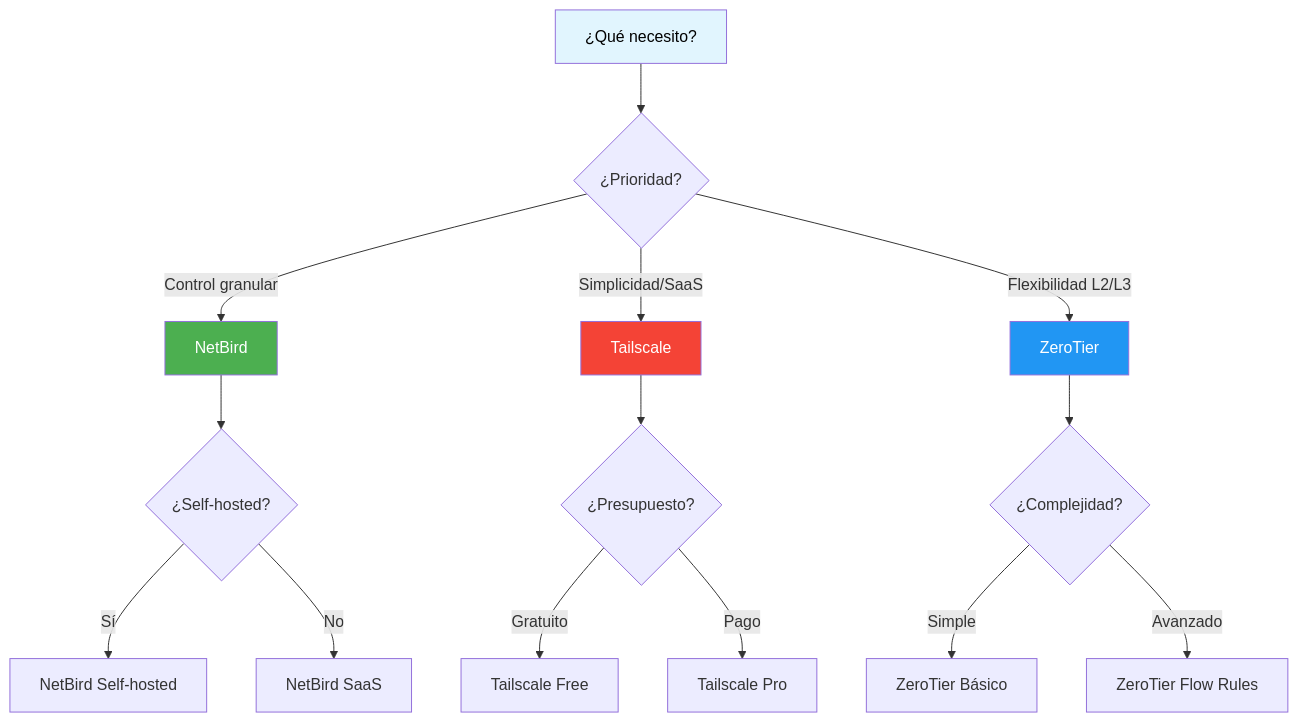
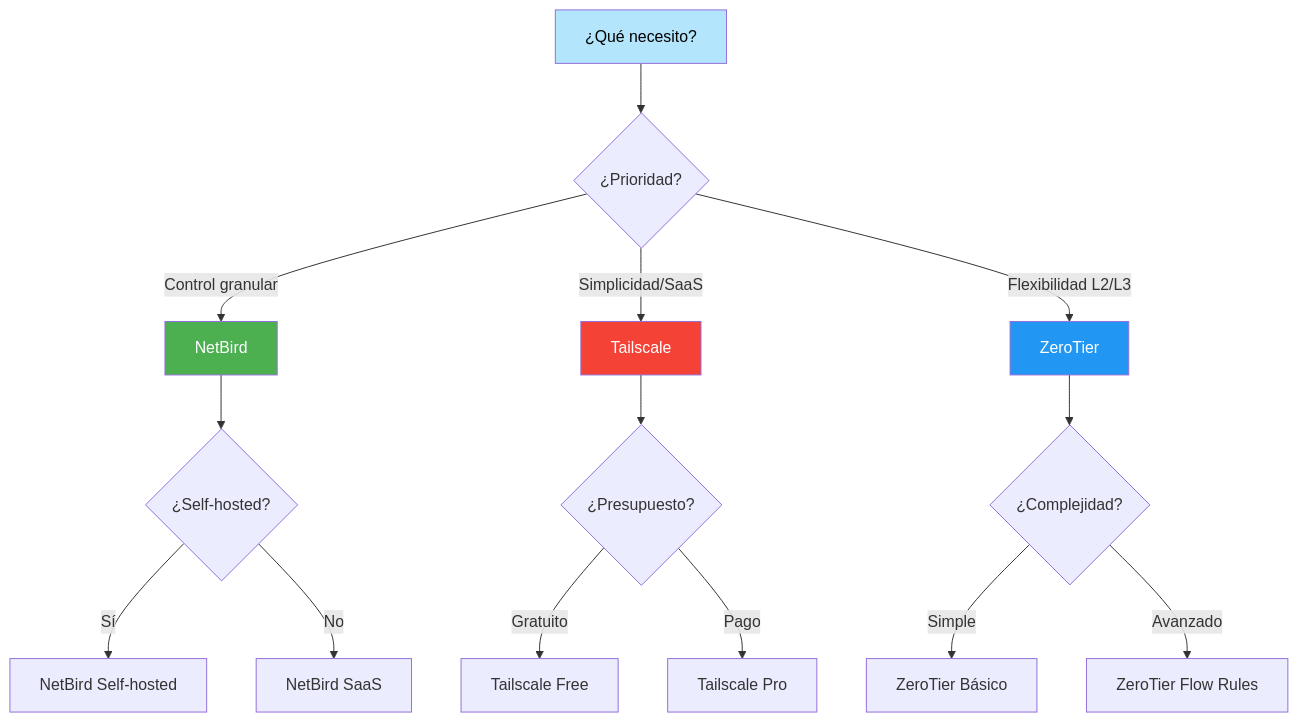
Before and after one commit to rasty94/Frikiteam-docs: the second of 3 diagrams in docs/doc/networking/compare.md, drawn with Mermaid.

Commit message:
fix: Mejorar visibilidad del texto en nodo inicial del diagrama
- Cambiar color de fondo del nodo '¿Qué necesito?' de #e1f5fe a #b3e5fc
- Mejorar contraste para hacer el texto negro más legible
- Mantener distinción visual del nodo inicial respecto a los otros nodos

````diff
--- a/docs/doc/networking/compare.md
+++ b/docs/doc/networking/compare.md
@@ -64,26 +64,26 @@
 ```mermaid
 flowchart TD
     A[¿Qué necesito?] --> B{¿Prioridad?}
     
     B -->|Control granular| C[NetBird]
     B -->|Simplicidad/SaaS| D[Tailscale]
     B -->|Flexibilidad L2/L3| E[ZeroTier]
     
     C --> F{¿Self-hosted?}
     D --> G{¿Presupuesto?}
     E --> H{¿Complejidad?}
     
     F -->|Sí| I[NetBird Self-hosted]
     F -->|No| J[NetBird SaaS]
     
     G -->|Gratuito| K[Tailscale Free]
     G -->|Pago| L[Tailscale Pro]
     
     H -->|Simple| M[ZeroTier Básico]
     H -->|Avanzado| N[ZeroTier Flow Rules]
     
-    style A fill:#e1f5fe,color:#000000
+    style A fill:#b3e5fc,color:#000000
     style C fill:#4caf50,color:#ffffff
     style D fill:#f44336,color:#ffffff
     style E fill:#2196f3,color:#ffffff
 ```
````
